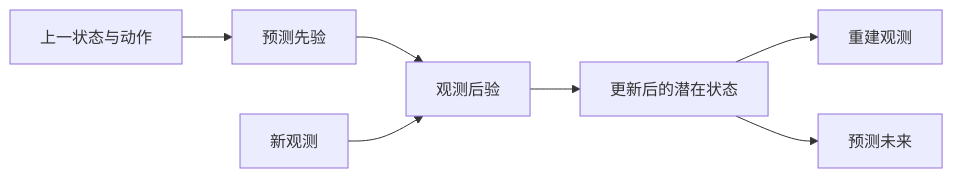
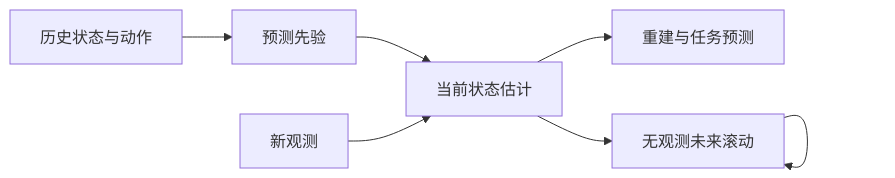
One commit to niuverse/llm-wiki changed the diagram in wiki/concepts/LatentStateSpaceModels.md. Above: the diagram before and after it, drawn with Mermaid. The commit also changed other lines of this file and 317 other files, not shown here.

````diff
--- a/wiki/concepts/LatentStateSpaceModels.md
+++ b/wiki/concepts/LatentStateSpaceModels.md
@@ -78,9 +100,9 @@
 ```mermaid
 flowchart LR
-  A["上一状态与动作"] --> B["预测先验"]
-  B --> C["观测后验"]
-  D["新观测"] --> C
-  C --> E["更新后的潜在状态"]
-  E --> F["重建观测"]
-  E --> G["预测未来"]
+  A[历史状态与动作] --> B[预测先验]
+  B --> C[当前状态估计]
+  D[新观测] --> C
+  C --> E[重建与任务预测]
+  C --> F[无观测未来滚动]
+  F --> F
 ```
````
